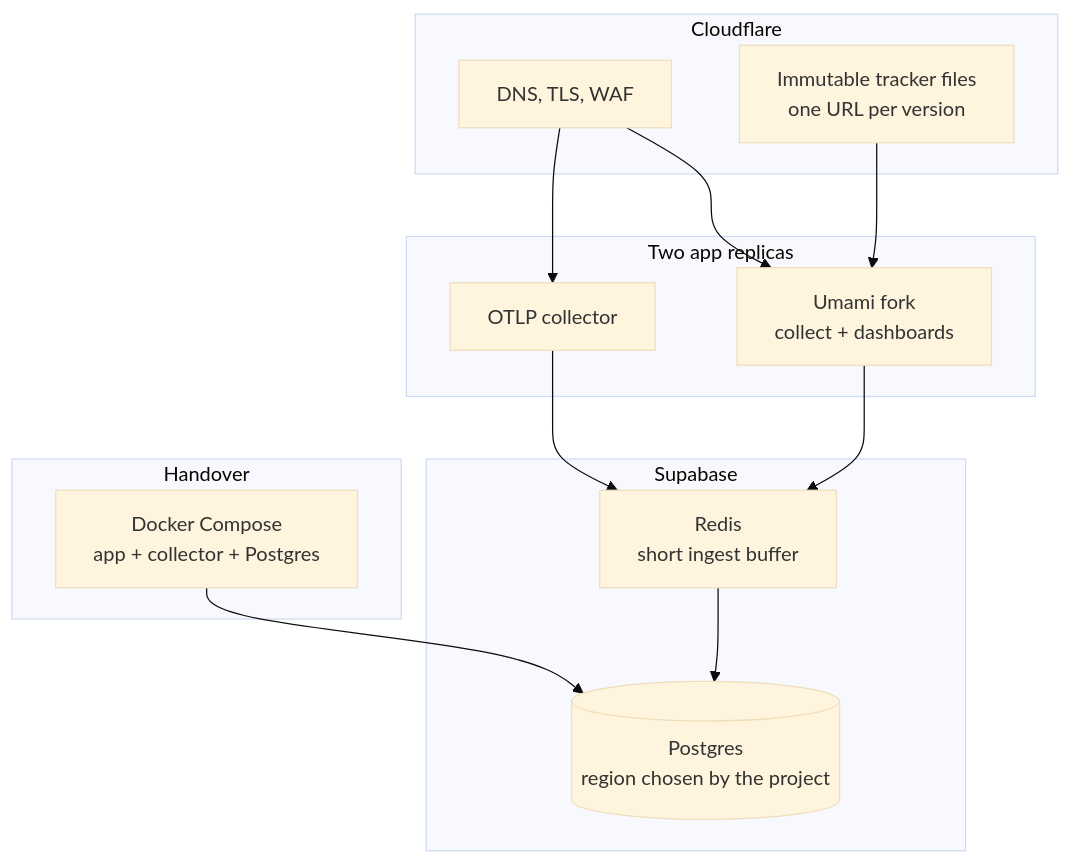
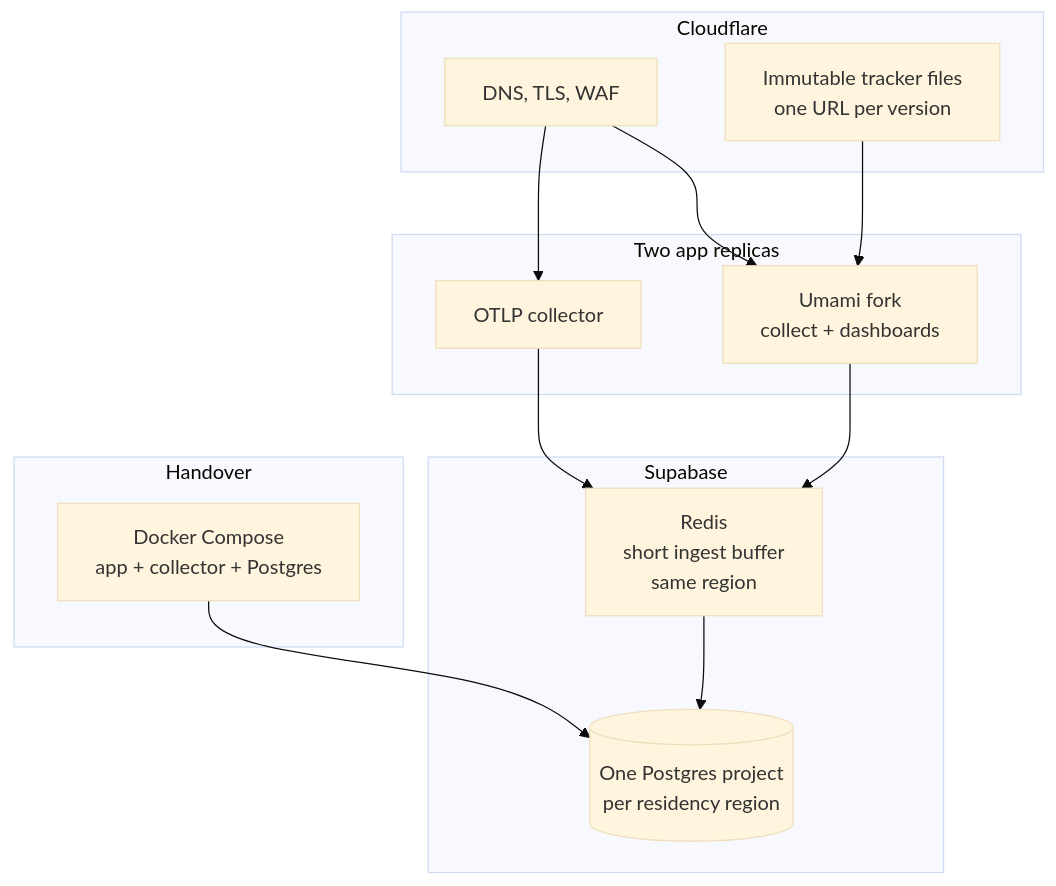
One commit to HeylmStoned/scf-analytics-docs changed the diagram in infrastructure.md. Above: the diagram before and after it, drawn with Mermaid (base theme). The commit also changed other lines of this file and 5 other files, not shown here.

First line of the commit message:
Document per-region Supabase projects for tenant residency.

````diff
--- a/infrastructure.md
+++ b/infrastructure.md
@@ -3,28 +3,28 @@
 ```mermaid
 flowchart TB
   subgraph CF["Cloudflare"]
     DNS["DNS, TLS, WAF"]
     Assets["Immutable tracker files<br/>one URL per version"]
   end
 
   subgraph App["Two app replicas"]
     Umami["Umami fork<br/>collect + dashboards"]
     Collector["OTLP collector"]
   end
 
   subgraph Store["Supabase"]
-    PG[("Postgres<br/>region chosen by the project")]
-    Redis["Redis<br/>short ingest buffer"]
+    PG[("One Postgres project<br/>per residency region")]
+    Redis["Redis<br/>short ingest buffer<br/>same region"]
   end
 
   subgraph Handback["Handover"]
     Compose["Docker Compose<br/>app + collector + Postgres"]
   end
 
   DNS --> Umami
   DNS --> Collector
   Assets --> Umami
   Umami --> Redis --> PG
   Collector --> Redis
   Compose --> PG
 ```
````
